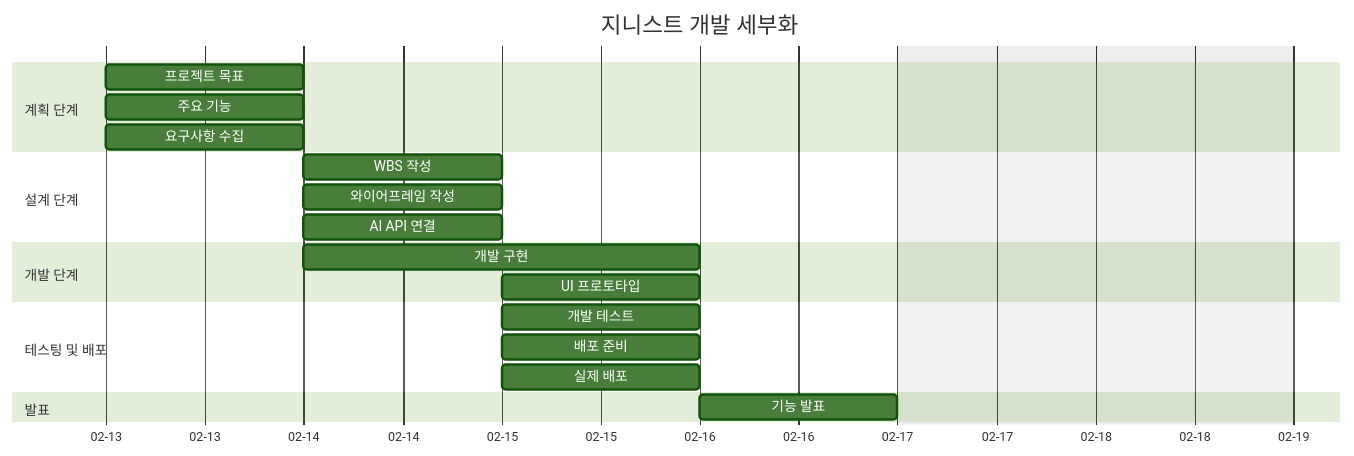
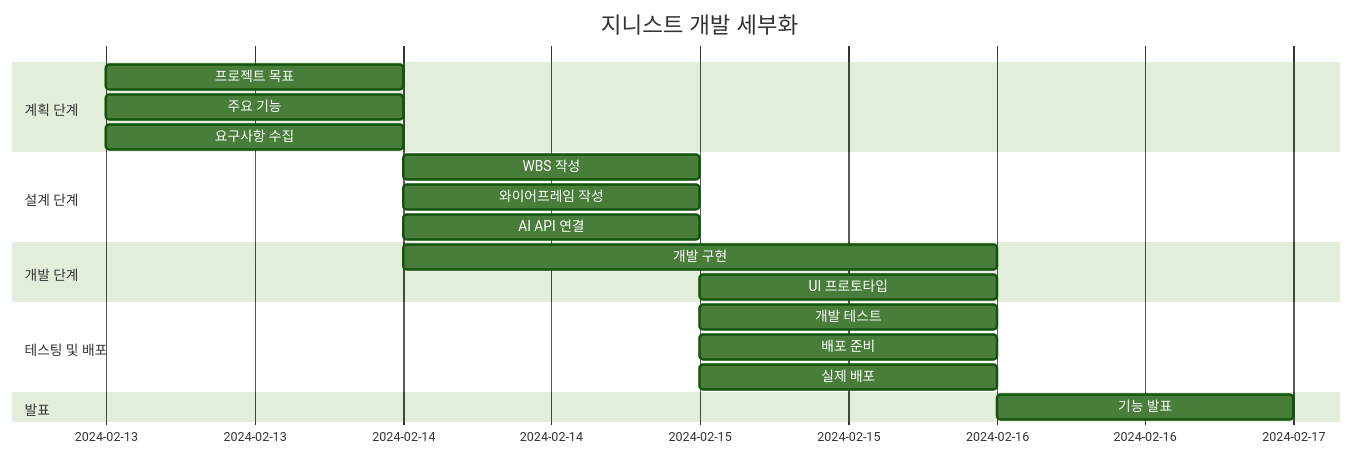
The diagram in README.md (soohyun020812/Portfolio_Genist), drawn with Mermaid (forest theme) before and after one commit.

````diff
--- a/README.md
+++ b/README.md
@@ -18,29 +18,27 @@
 ```mermaid
 gantt
     title 지니스트 개발 세부화
     dateFormat    YYYY-MM-DD
-    excludes    weekends
-    axisFormat    %m-%d
 
     section 계획 단계
     프로젝트 목표 : 2024-02-13, 1d
     주요 기능 : 2024-02-13, 1d
     요구사항 수집 : 2024-02-13, 1d
     
     section 설계 단계
     WBS 작성 : 2024-02-14, 1d
     와이어프레임 작성 : 2024-02-14, 1d
     AI API 연결 : 2024-02-14, 1d
 
     section 개발 단계
     개발 구현 : 2024-02-14, 2d
     UI 프로토타입 : 2024-02-15, 1d
     
     section 테스팅 및 배포
     개발 테스트 : 2024-02-15, 1d
     배포 준비 : 2024-02-15, 1d
     실제 배포 : 2024-02-15, 1d
 
     section 발표
     기능 발표 : 2024-02-16, 1d
 ```
````
